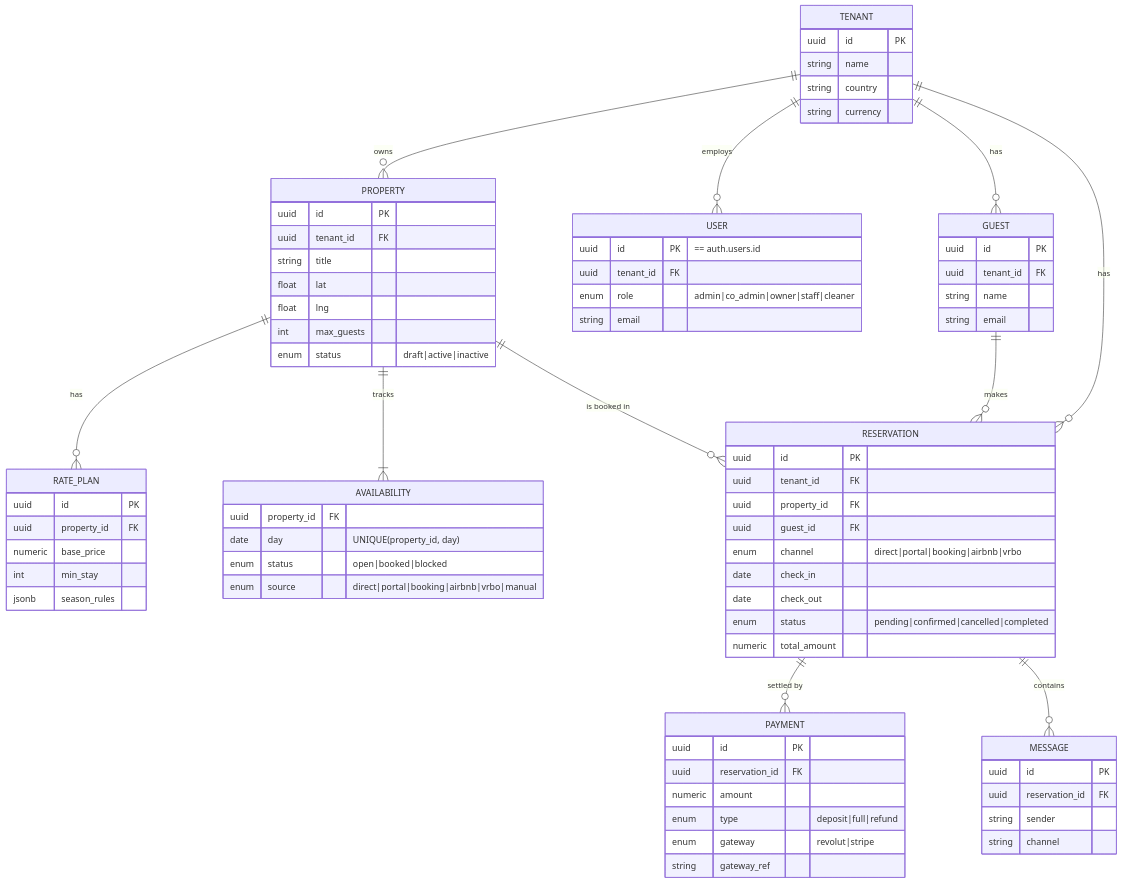
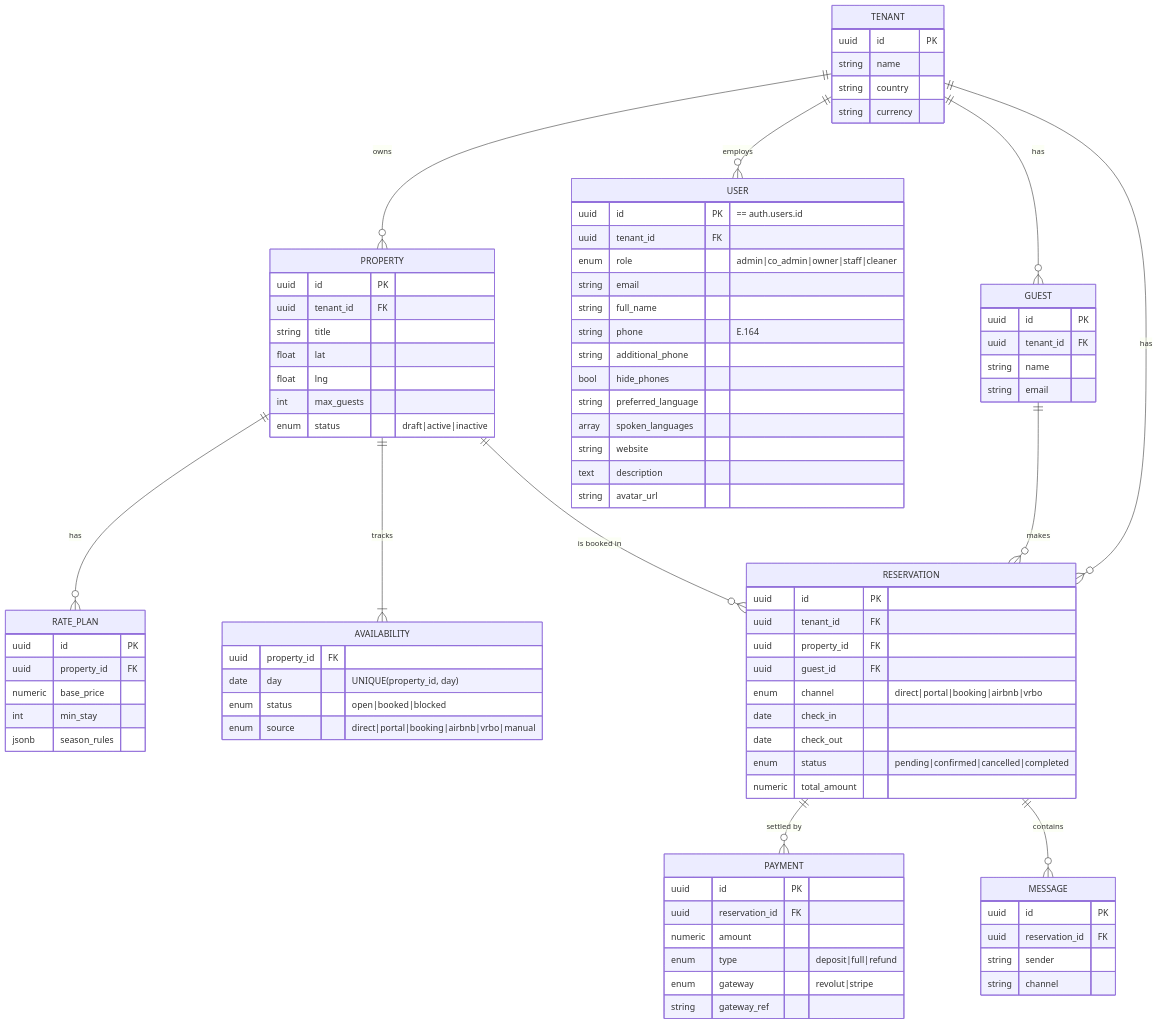
One commit to Andy1234567890-cmyk/NextDays changed the fifth of 14 diagrams in docs/ARCHITECTURE.md. Above: the diagram before and after it, drawn with Mermaid. The commit also changed other lines of this file and 260 other files, not shown here.

```diff
--- a/docs/ARCHITECTURE.md
+++ b/docs/ARCHITECTURE.md
@@ -200,6 +204,15 @@
         uuid tenant_id FK
         enum role "admin|co_admin|owner|staff|cleaner"
         string email
+        string full_name
+        string phone "E.164"
+        string additional_phone
+        bool hide_phones
+        string preferred_language
+        array spoken_languages
+        string website
+        text description
+        string avatar_url
     }
     PROPERTY {
         uuid id PK
```
